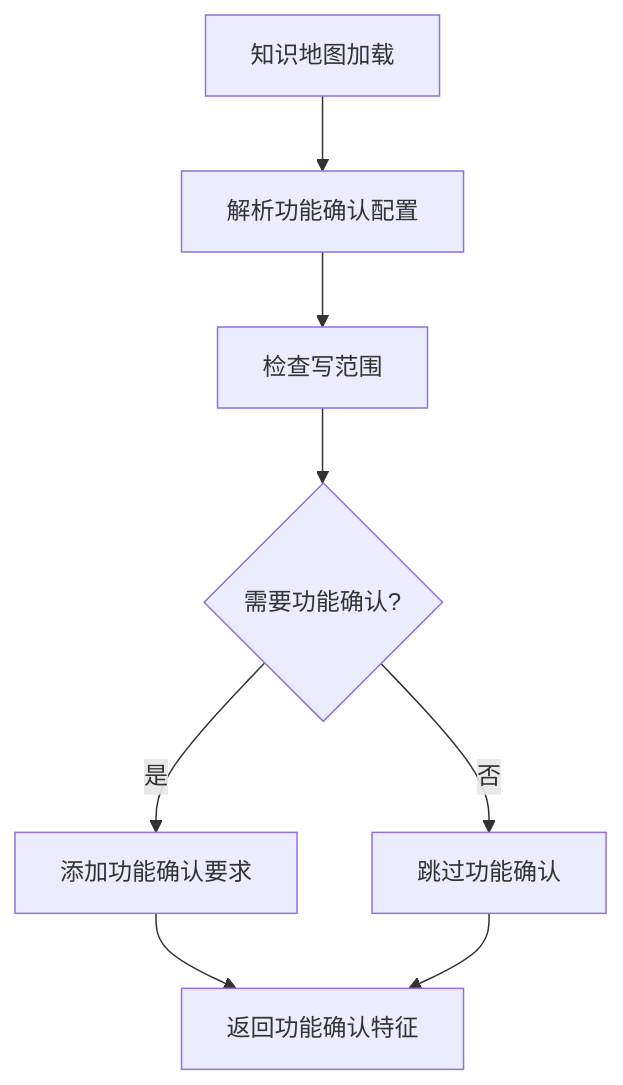
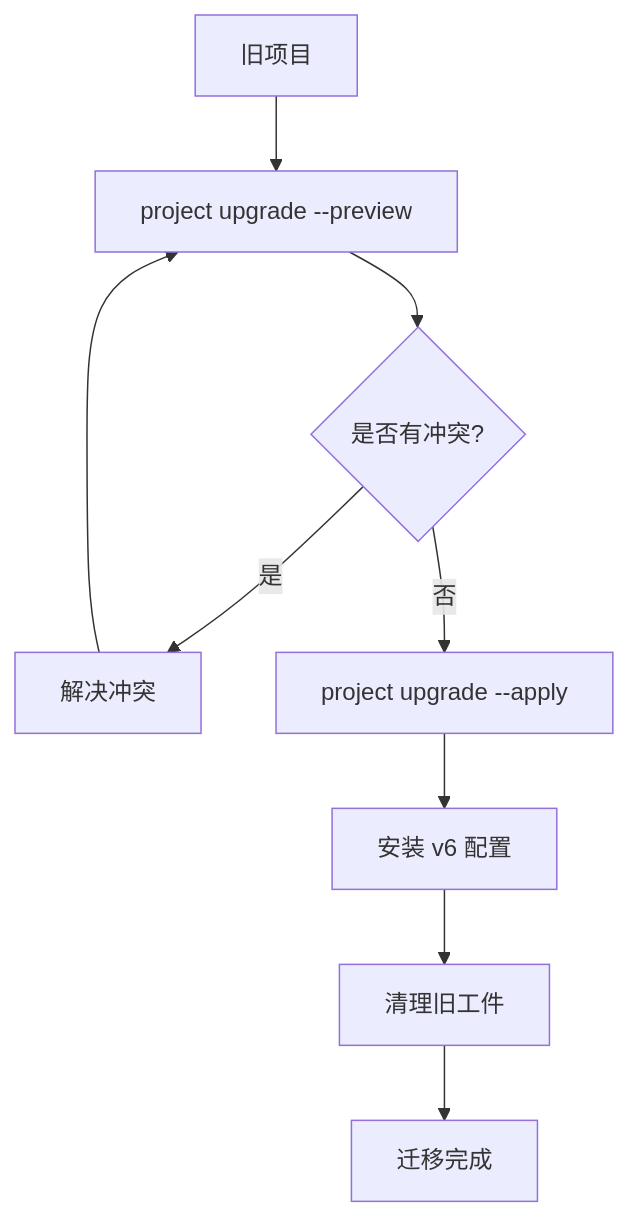
One commit to HackSing/docs-harness changed the eighth of 9 diagrams in .qoder/repowiki/zh/content/证据系统/证据系统.md. Above: the diagram before and after it, drawn with Mermaid. The commit also changed other lines of this file and 42 other files, not shown here.

````diff
--- a/.qoder/repowiki/zh/content/证据系统/证据系统.md
+++ b/.qoder/repowiki/zh/content/证据系统/证据系统.md
@@ -427,10 +276,11 @@
 ```mermaid
 flowchart TD
-A["知识地图加载"] --> B["解析功能确认配置"]
-B --> C["检查写范围"]
-C --> D{"需要功能确认?"}
-D --> |是| E["添加功能确认要求"]
-D --> |否| F["跳过功能确认"]
-E --> G["返回功能确认特征"]
-F --> G
+A["旧项目"] --> B["project upgrade --preview"]
+B --> C{"是否有冲突?"}
+C --> |是| D["解决冲突"]
+C --> |否| E["project upgrade --apply"]
+D --> B
+E --> F["安装 v6 配置"]
+F --> G["清理旧工件"]
+G --> H["迁移完成"]
 ```
````
